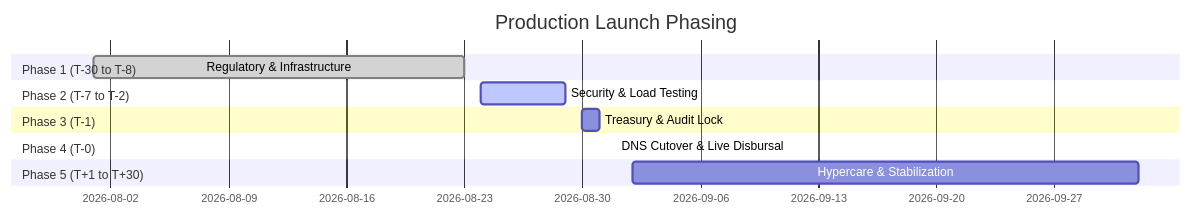
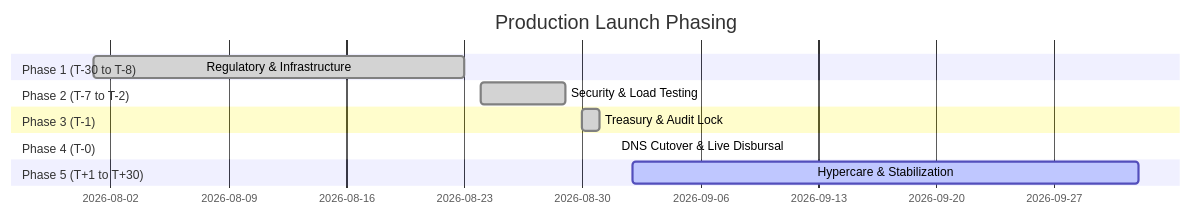
Before and after one commit to reezy4pf/oryxfund: the diagram in docs/LAUNCH_CHECKLIST.md, drawn with Mermaid. The commit also changed other lines of this file and 80 other files, not shown here.

````diff
--- a/docs/LAUNCH_CHECKLIST.md
+++ b/docs/LAUNCH_CHECKLIST.md
@@ -5,15 +5,15 @@
 ```mermaid
 gantt
     title Production Launch Phasing
     dateFormat  YYYY-MM-DD
     section Phase 1 (T-30 to T-8)
     Regulatory & Infrastructure     :done, 2026-08-01, 2026-08-23
     section Phase 2 (T-7 to T-2)
-    Security & Load Testing        :active, 2026-08-24, 2026-08-29
+    Security & Load Testing        :done, 2026-08-24, 2026-08-29
     section Phase 3 (T-1)
-    Treasury & Audit Lock          :2026-08-30, 2026-08-31
+    Treasury & Audit Lock          :done, 2026-08-30, 2026-08-31
     section Phase 4 (T-0)
-    DNS Cutover & Live Disbursal   :2026-09-01, 2026-09-01
+    DNS Cutover & Live Disbursal   :done, 2026-09-01, 2026-09-01
     section Phase 5 (T+1 to T+30)
-    Hypercare & Stabilization      :2026-09-02, 2026-10-02
+    Hypercare & Stabilization      :active, 2026-09-02, 2026-10-02
 ```
````
